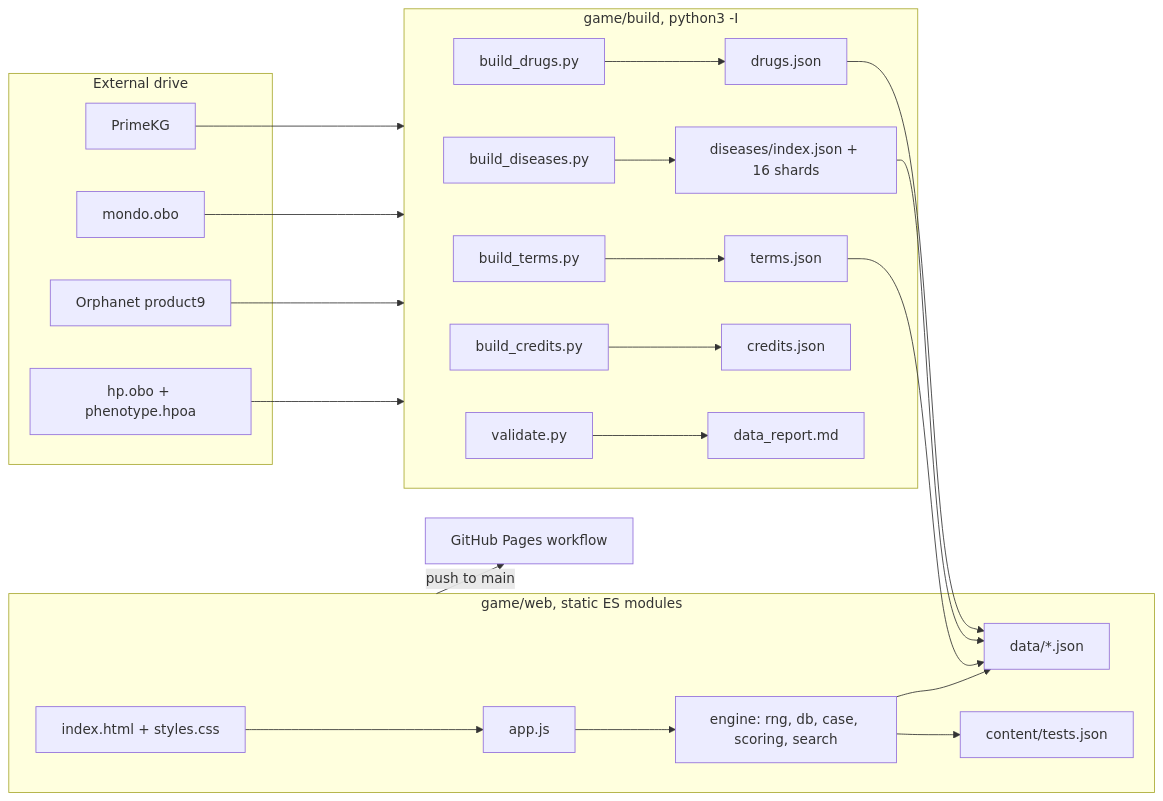
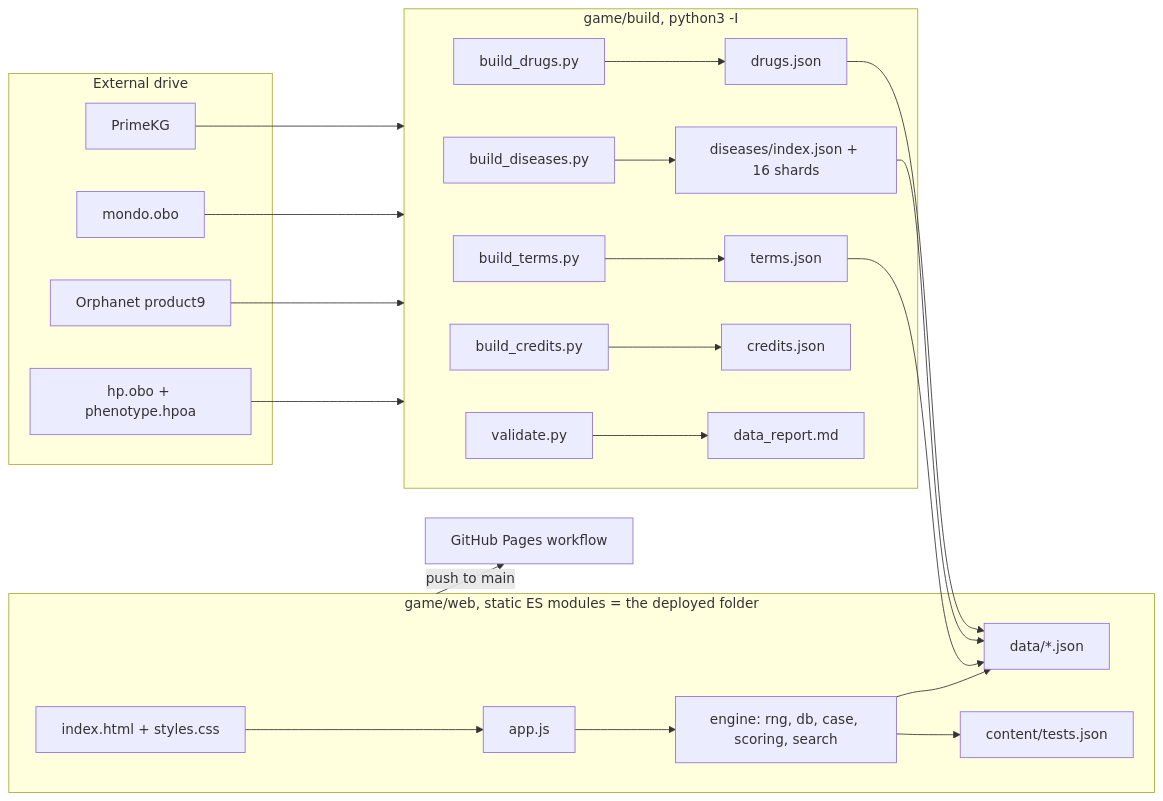
One commit to pcmoan70/DrDiagno changed the second of 2 diagrams in ARCHITECTURE.md. Above: the diagram before and after it, drawn with Mermaid. The commit also changed other lines of this file and 11 other files, not shown here.

First line of the commit message:
Keep game/web deploy-only: move tests and package.json out

````diff
--- a/ARCHITECTURE.md
+++ b/ARCHITECTURE.md
@@ -58,25 +58,25 @@
 ```mermaid
 flowchart LR
   subgraph drive[External drive]
     HPO[hp.obo + phenotype.hpoa]
     ORPHA[Orphanet product9]
     MONDO[mondo.obo]
     PKG[PrimeKG]
   end
   subgraph build[game/build, python3 -I]
     BT[build_terms.py] --> TJ[terms.json]
     BD[build_diseases.py] --> DJ[diseases/index.json + 16 shards]
     BR[build_drugs.py] --> RJ[drugs.json]
     BC[build_credits.py] --> CJ[credits.json]
     V[validate.py] --> REP[data_report.md]
   end
-  subgraph web[game/web, static ES modules]
+  subgraph web[game/web, static ES modules = the deployed folder]
     IDX[index.html + styles.css] --> APP[app.js]
     APP --> ENG[engine: rng, db, case, scoring, search]
     ENG --> DATA[data/*.json]
     ENG --> TESTS[content/tests.json]
   end
   HPO & ORPHA & MONDO & PKG --> build
   TJ & DJ & RJ --> DATA
   web -->|push to main| GH[GitHub Pages workflow]
 ```
````
